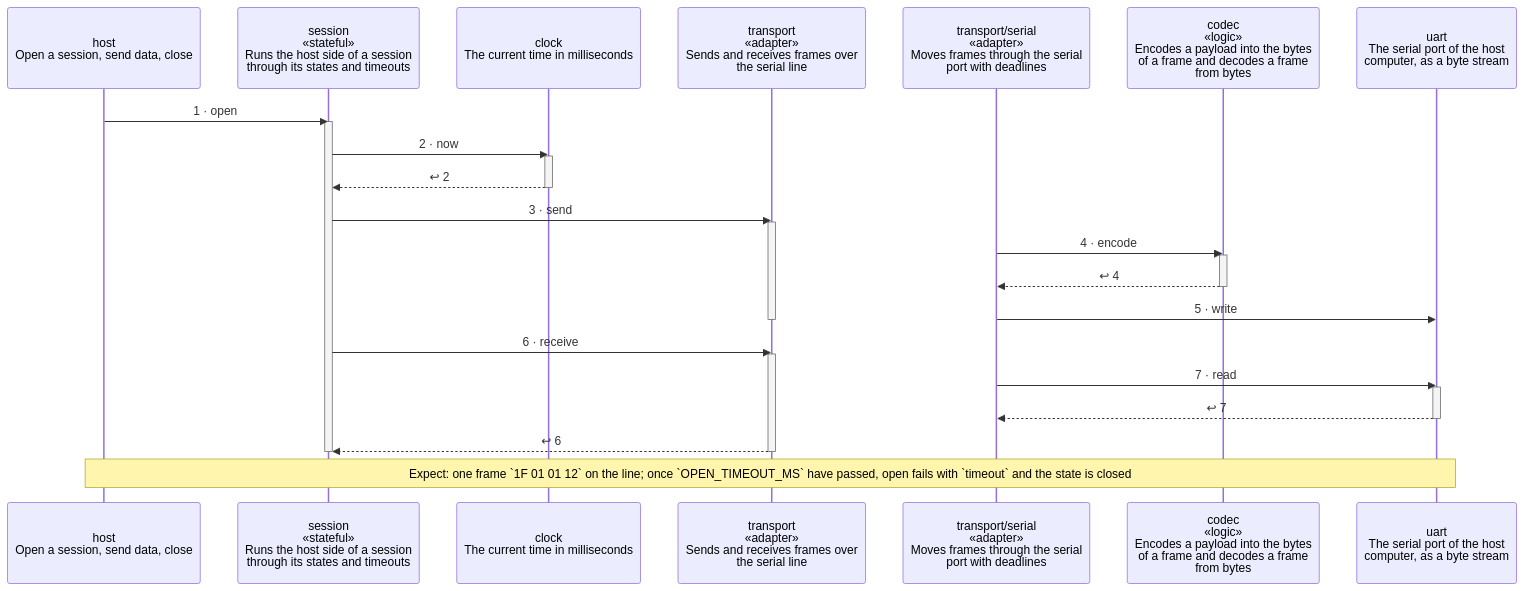
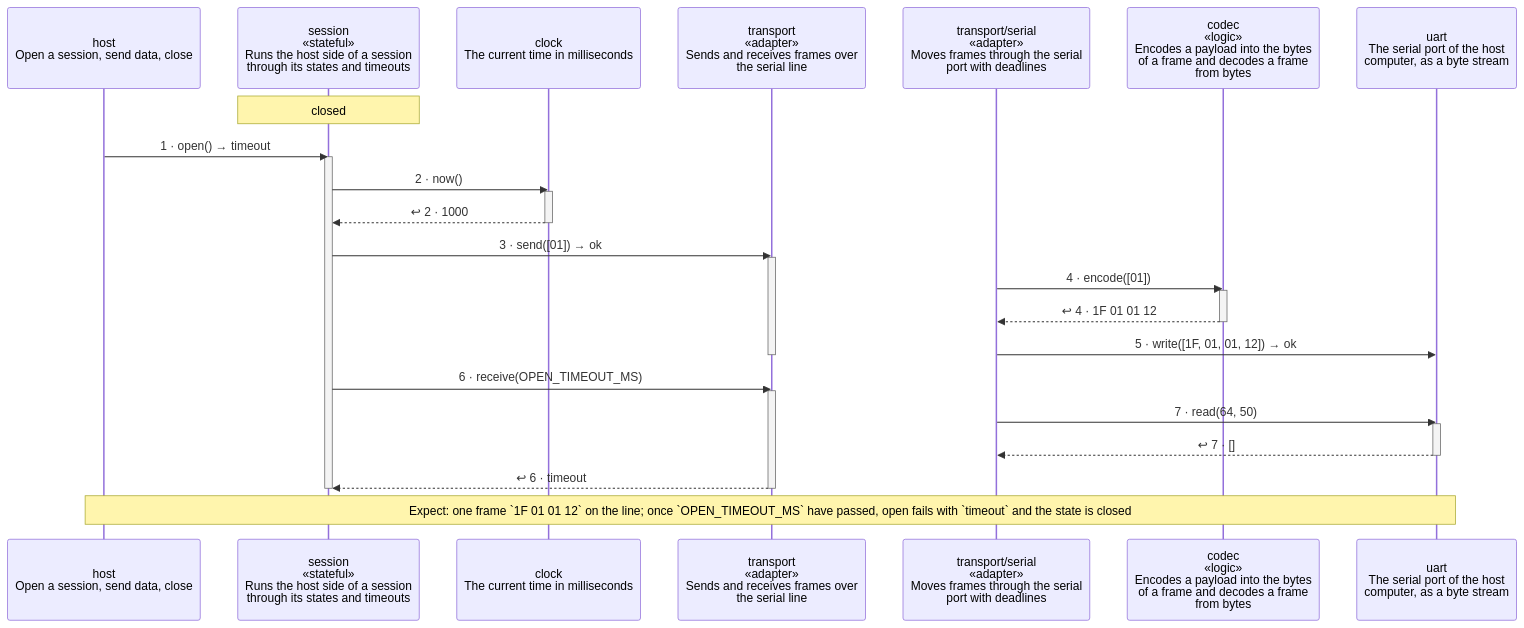
One commit to wackazong/unifold changed the diagram in examples/serial-line/docs/diagrams/scenario-open-times-out.md. Above: the diagram before and after it, drawn with Mermaid. The commit also changed other lines of this file and 30 other files, not shown here.

````diff
--- a/examples/serial-line/docs/diagrams/scenario-open-times-out.md
+++ b/examples/serial-line/docs/diagrams/scenario-open-times-out.md
@@ -12,39 +12,40 @@
 ```mermaid
 ---
 config:
   sequence:
     height: 108
 ---
 sequenceDiagram
   participant phost as host<br/>Open a session, send data, close
   participant psession as session<br/>«stateful»<br/>Runs the host side of a session<br/>through its states and timeouts
   participant pclock as clock<br/>The current time in milliseconds
   participant ptransport as transport<br/>«adapter»<br/>Sends and receives frames over<br/>the serial line
   participant ptransport__serial as transport/serial<br/>«adapter»<br/>Moves frames through the serial<br/>port with deadlines
   participant pcodec as codec<br/>«logic»<br/>Encodes a payload into the bytes<br/>of a frame and decodes a frame<br/>from bytes
   participant puart as uart<br/>The serial port of the host<br/>computer, as a byte stream
-  phost->>psession: 1 · open
+  Note over psession: closed
+  phost->>psession: 1 · open() → timeout
   activate psession
-  psession->>pclock: 2 · now
+  psession->>pclock: 2 · now()
   activate pclock
-  pclock-->>psession: ↩ 2
+  pclock-->>psession: ↩ 2 · 1000
   deactivate pclock
-  psession->>ptransport: 3 · send
+  psession->>ptransport: 3 · send([01]) → ok
   activate ptransport
-  ptransport__serial->>pcodec: 4 · encode
+  ptransport__serial->>pcodec: 4 · encode([01])
   activate pcodec
-  pcodec-->>ptransport__serial: ↩ 4
+  pcodec-->>ptransport__serial: ↩ 4 · 1F 01 01 12
   deactivate pcodec
-  ptransport__serial->>puart: 5 · write
+  ptransport__serial->>puart: 5 · write([1F, 01, 01, 12]) → ok
   deactivate ptransport
-  psession->>ptransport: 6 · receive
+  psession->>ptransport: 6 · receive(OPEN_TIMEOUT_MS)
   activate ptransport
-  ptransport__serial->>puart: 7 · read
+  ptransport__serial->>puart: 7 · read(64, 50)
   activate puart
-  puart-->>ptransport__serial: ↩ 7
+  puart-->>ptransport__serial: ↩ 7 · []
   deactivate puart
-  ptransport-->>psession: ↩ 6
+  ptransport-->>psession: ↩ 6 · timeout
   deactivate ptransport
   deactivate psession
   Note over phost,puart: wrap: Expect: one frame `1F 01 01 12` on the line#59; once `OPEN_TIMEOUT_MS` have passed, open fails with `timeout` and the state is closed
 ```
````
